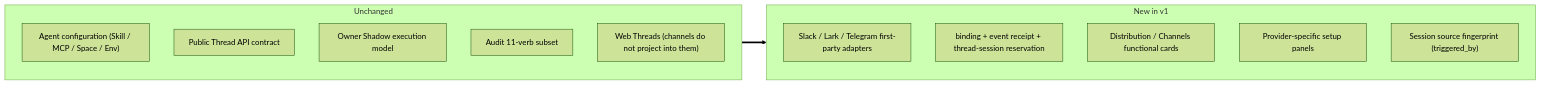
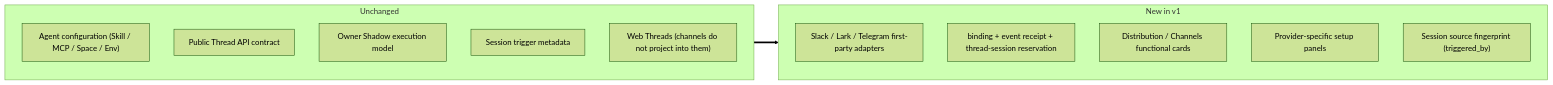
Before and after one commit to langgenius/mosoo: the first of 2 diagrams in dev/prd/channels.md, drawn with Mermaid (forest theme). The commit also changed other lines of this file and 167 other files, not shown here.

````diff
--- a/dev/prd/channels.md
+++ b/dev/prd/channels.md
@@ -77,20 +77,20 @@
 ```mermaid
 flowchart LR
   subgraph Unchanged["Unchanged"]
     A1["Agent configuration (Skill / MCP / Space / Env)"]
     A2["Public Thread API contract"]
     A3["Owner Shadow execution model"]
-    A4["Audit 11-verb subset"]
+    A4["Session trigger metadata"]
     A5["Web Threads (channels do not project into them)"]
   end
 
   subgraph New["New in v1"]
     N1["Slack / Lark / Telegram first-party adapters"]
     N2["binding + event receipt + thread-session reservation"]
     N3["Distribution / Channels functional cards"]
     N4["Provider-specific setup panels"]
     N5["Session source fingerprint (triggered_by)"]
   end
 
   Unchanged ==> New
 ```
````
